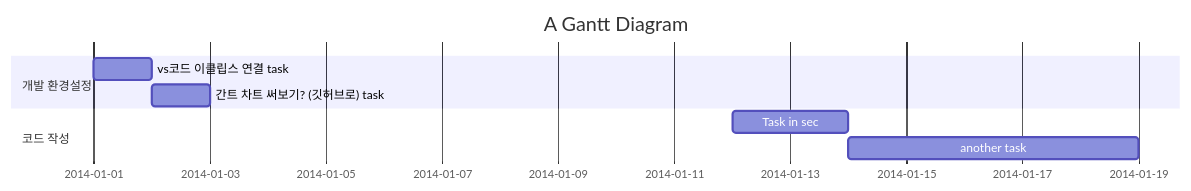
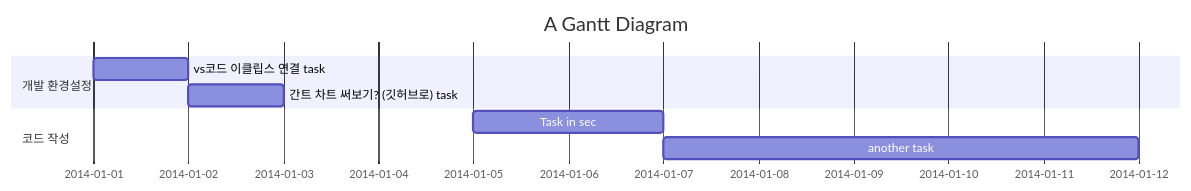
The diagram in README.md (UDONGSALI/Toy-Project), drawn with Mermaid before and after one commit.

````diff
--- a/README.md
+++ b/README.md
@@ -1,11 +1,11 @@
 ```mermaid
 gantt
     title A Gantt Diagram
     dateFormat  YYYY-MM-DD
     section 개발 환경설정
     vs코드 이클립스 연결 task           :a1, 2014-01-01, 1d
     간트 차트 써보기? (깃허브로) task     :after a1  , 1d
     section 코드 작성
-    Task in sec      :2014-01-12  , 2d
+    Task in sec      :2014-01-5  , 2d
     another task      : 5d
 ```
````
